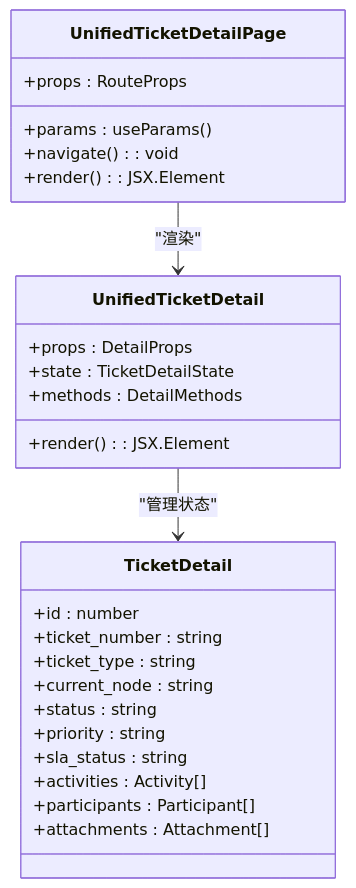
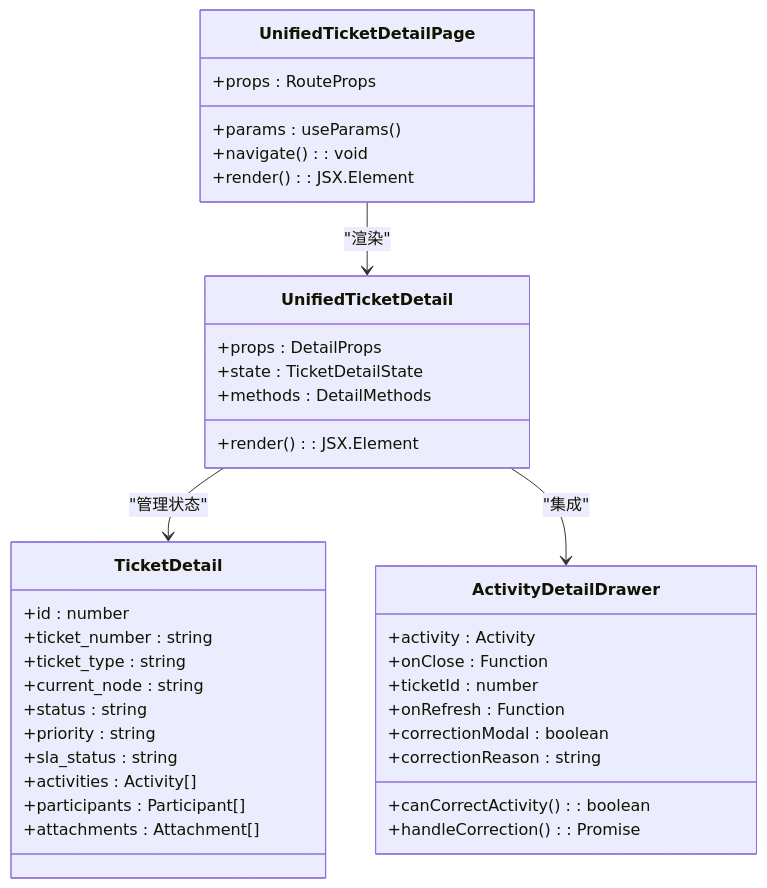
One commit to CubeEdge/Longhorn changed the second of 12 diagrams in .qoder/repowiki/zh/content/Ticket Detail System/Ticket Detail System.md. Above: the diagram before and after it, drawn with Mermaid. The commit also changed other lines of this file and 26 other files, not shown here.

````diff
--- a/.qoder/repowiki/zh/content/Ticket Detail System/Ticket Detail System.md
+++ b/.qoder/repowiki/zh/content/Ticket Detail System/Ticket Detail System.md
@@ -89,29 +108,40 @@
 ```mermaid
 classDiagram
 class UnifiedTicketDetailPage {
 +props : RouteProps
 +params : useParams()
 +navigate() : void
 +render() : JSX.Element
 }
 class UnifiedTicketDetail {
 +props : DetailProps
 +state : TicketDetailState
 +methods : DetailMethods
 +render() : JSX.Element
 }
 class TicketDetail {
 +id : number
 +ticket_number : string
 +ticket_type : string
 +current_node : string
 +status : string
 +priority : string
 +sla_status : string
 +activities : Activity[]
 +participants : Participant[]
 +attachments : Attachment[]
 }
+class ActivityDetailDrawer {
++activity : Activity
++onClose : Function
++ticketId : number
++onRefresh : Function
++correctionModal : boolean
++correctionReason : string
++canCorrectActivity() : boolean
++handleCorrection() : Promise<void>
+}
 UnifiedTicketDetailPage --> UnifiedTicketDetail : "渲染"
 UnifiedTicketDetail --> TicketDetail : "管理状态"
+UnifiedTicketDetail --> ActivityDetailDrawer : "集成"
 ```
````
